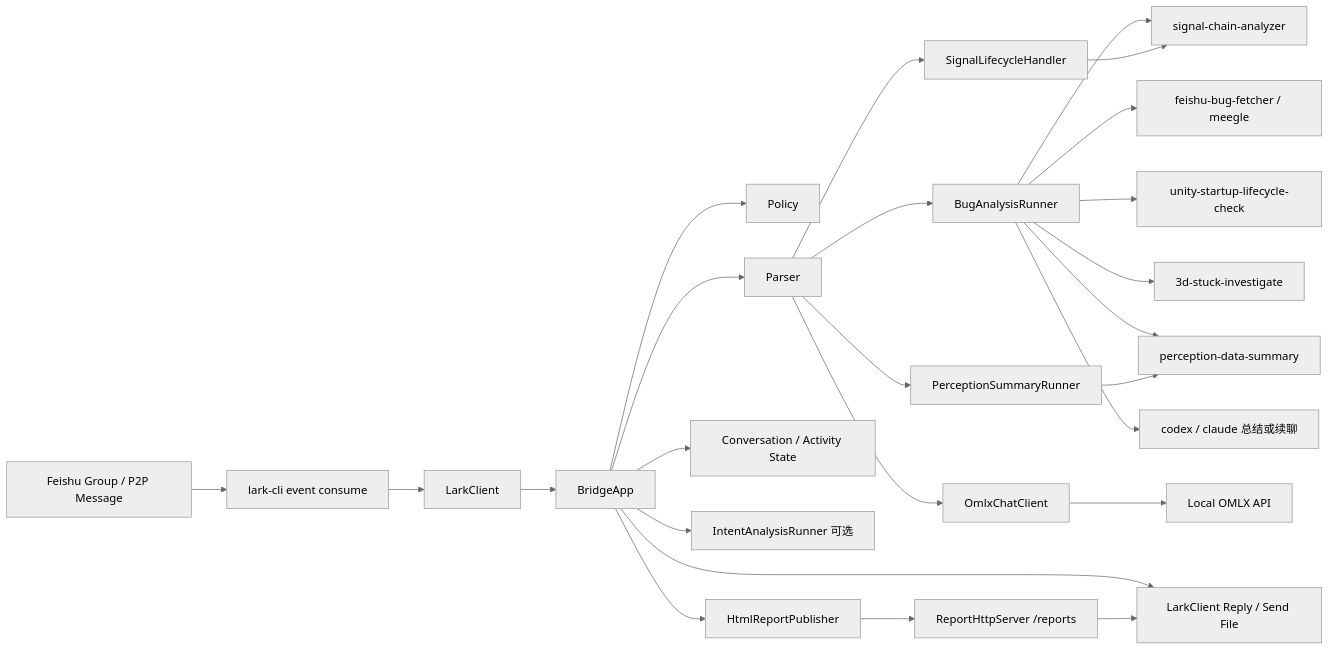
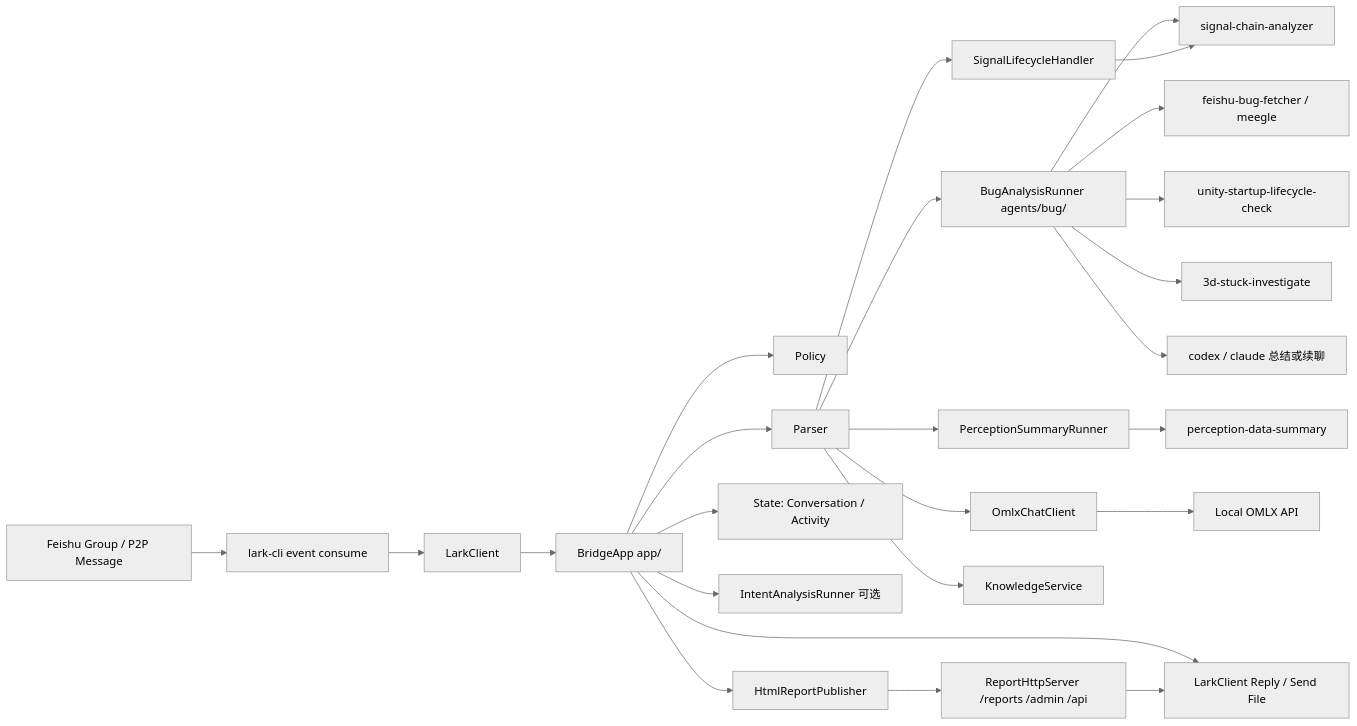
Before and after one commit to zhuyunlong/lark-agent-bridge: the first of 5 diagrams in docs/project-overview-architecture.md, drawn with Mermaid (neutral theme). The commit also changed other lines of this file and 12 other files, not shown here.

Commit message:
refactor: align fork architecture cleanup

````diff
--- a/docs/project-overview-architecture.md
+++ b/docs/project-overview-architecture.md
@@ -82,32 +174,32 @@
 ```mermaid
 flowchart LR
     A[Feishu Group / P2P Message] --> B[lark-cli event consume]
     B --> C[LarkClient]
-    C --> D[BridgeApp]
+    C --> D[BridgeApp app/]
 
     D --> E[Policy]
     D --> F[Parser]
-    D --> G[Conversation / Activity State]
+    D --> G[State: Conversation / Activity]
     D --> H[IntentAnalysisRunner 可选]
 
     F --> I[SignalLifecycleHandler]
-    F --> J[BugAnalysisRunner]
+    F --> J[BugAnalysisRunner agents/bug/]
     F --> K[PerceptionSummaryRunner]
     F --> M[OmlxChatClient]
+    F --> KB[KnowledgeService]
 
     J --> N[feishu-bug-fetcher / meegle]
     J --> O[unity-startup-lifecycle-check]
     J --> P[3d-stuck-investigate]
     J --> Q[signal-chain-analyzer]
-    J --> R[perception-data-summary]
     J --> S[codex / claude 总结或续聊]
 
     I --> Q
-    K --> R
+    K --> R[perception-data-summary]
     M --> T[Local OMLX API]
 
     D --> U[HtmlReportPublisher]
-    U --> V[ReportHttpServer /reports]
+    U --> V[ReportHttpServer /reports /admin /api]
     D --> W[LarkClient Reply / Send File]
     V --> W
 ```
````
